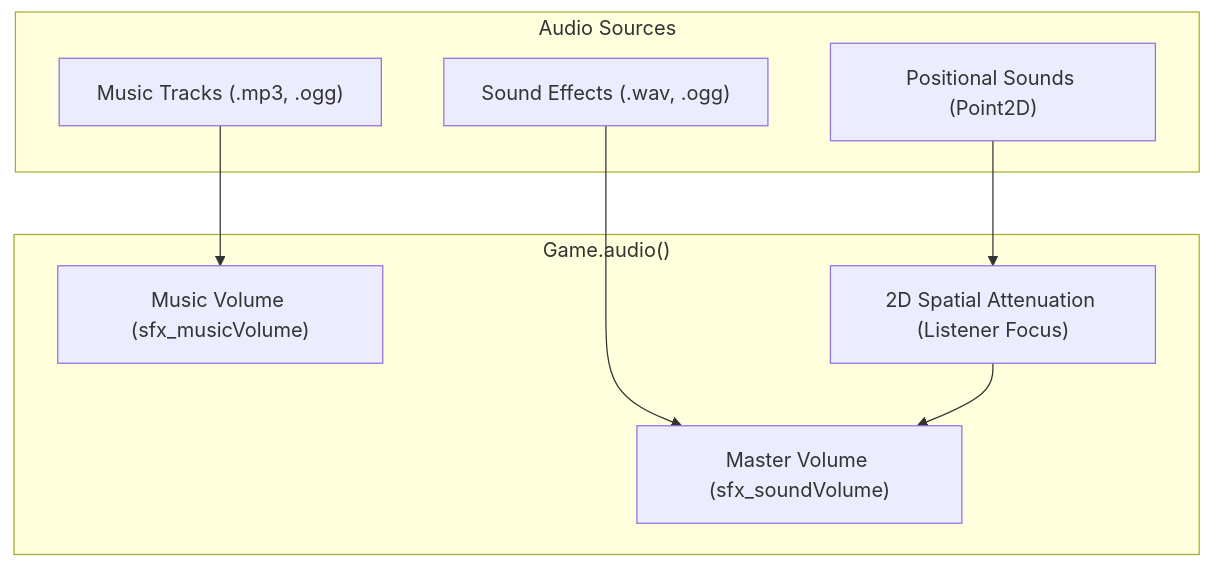
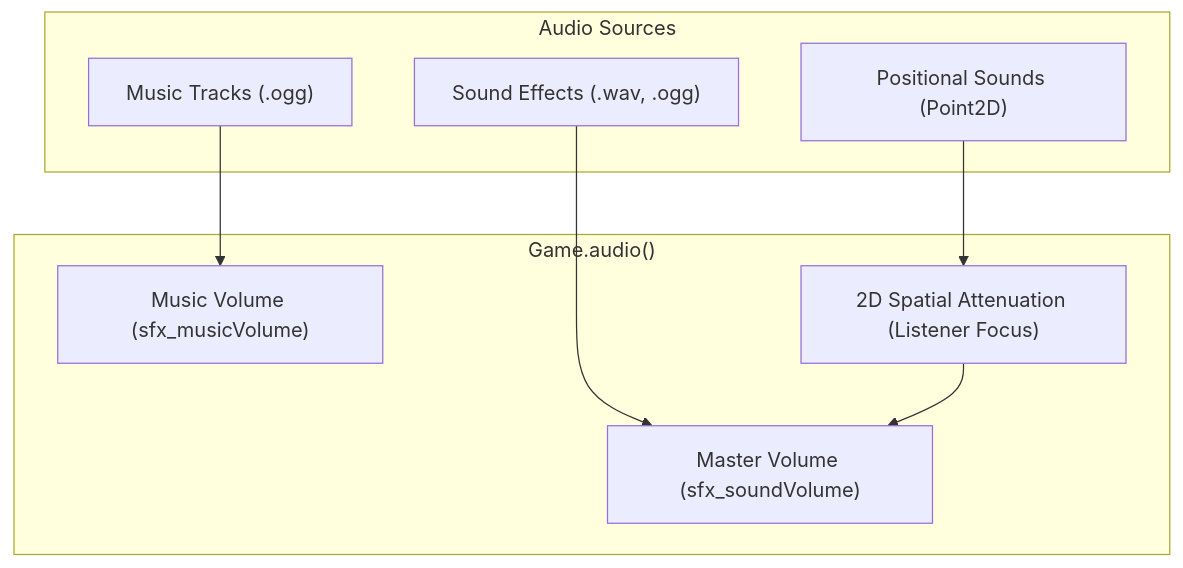
Before and after one commit to gurkenlabs/litiengine-docs: the diagram in docs/game-api/sound-engine.md, drawn with Mermaid. The commit also changed other lines of this file and 5 other files, not shown here.

````diff
--- a/docs/game-api/sound-engine.md
+++ b/docs/game-api/sound-engine.md
@@ -13,18 +13,18 @@
 ```mermaid
 flowchart TD
  subgraph AudioSources["Audio Sources"]
  SFX["Sound Effects (.wav, .ogg)"]
- Music["Music Tracks (.mp3, .ogg)"]
+ Music["Music Tracks (.ogg)"]
  Spatial["Positional Sounds (Point2D)"]
  end
 
  subgraph SoundEngine["Game.audio()"]
  Master["Master Volume (sfx_soundVolume)"]
  MusicBus["Music Volume (sfx_musicVolume)"]
  SpatialCalc["2D Spatial Attenuation (Listener Focus)"]
  end
 
  SFX --> Master
  Spatial --> SpatialCalc --> Master
  Music --> MusicBus
 ```
````
